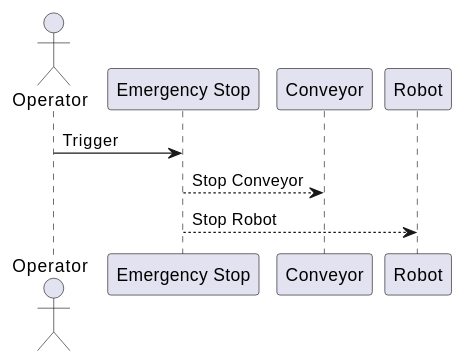
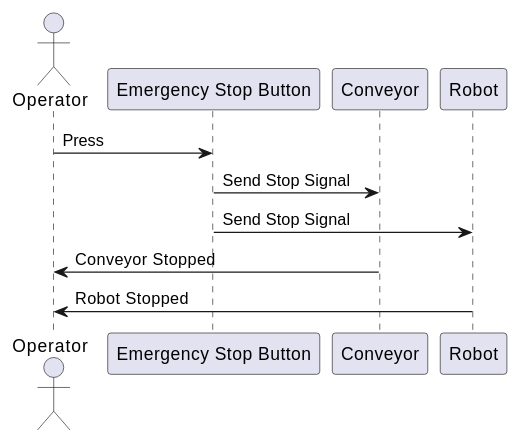
Before and after one commit to MetalRecyclingSaxion/Project: the diagram in src/3.1Riskanalysis.md, drawn with PlantUML. The commit also changed other lines of this file and 1 other file, not shown here.

````diff
--- a/src/3.1Riskanalysis.md
+++ b/src/3.1Riskanalysis.md
@@ -11,8 +23,14 @@
 ```plantuml
 @startuml
-actor Operator
-Operator -> "Emergency Stop": Trigger
-"Emergency Stop" --> Conveyor: Stop Conveyor
-"Emergency Stop" --> Robot: Stop Robot
+actor Operator as Op
+
+Op -> "Emergency Stop Button" : Press
+
+"Emergency Stop Button" -> Conveyor : Send Stop Signal
+"Emergency Stop Button" -> Robot : Send Stop Signal
+
+Conveyor -> Op : Conveyor Stopped
+Robot -> Op : Robot Stopped
+
 @enduml
-```
+``` 
````
